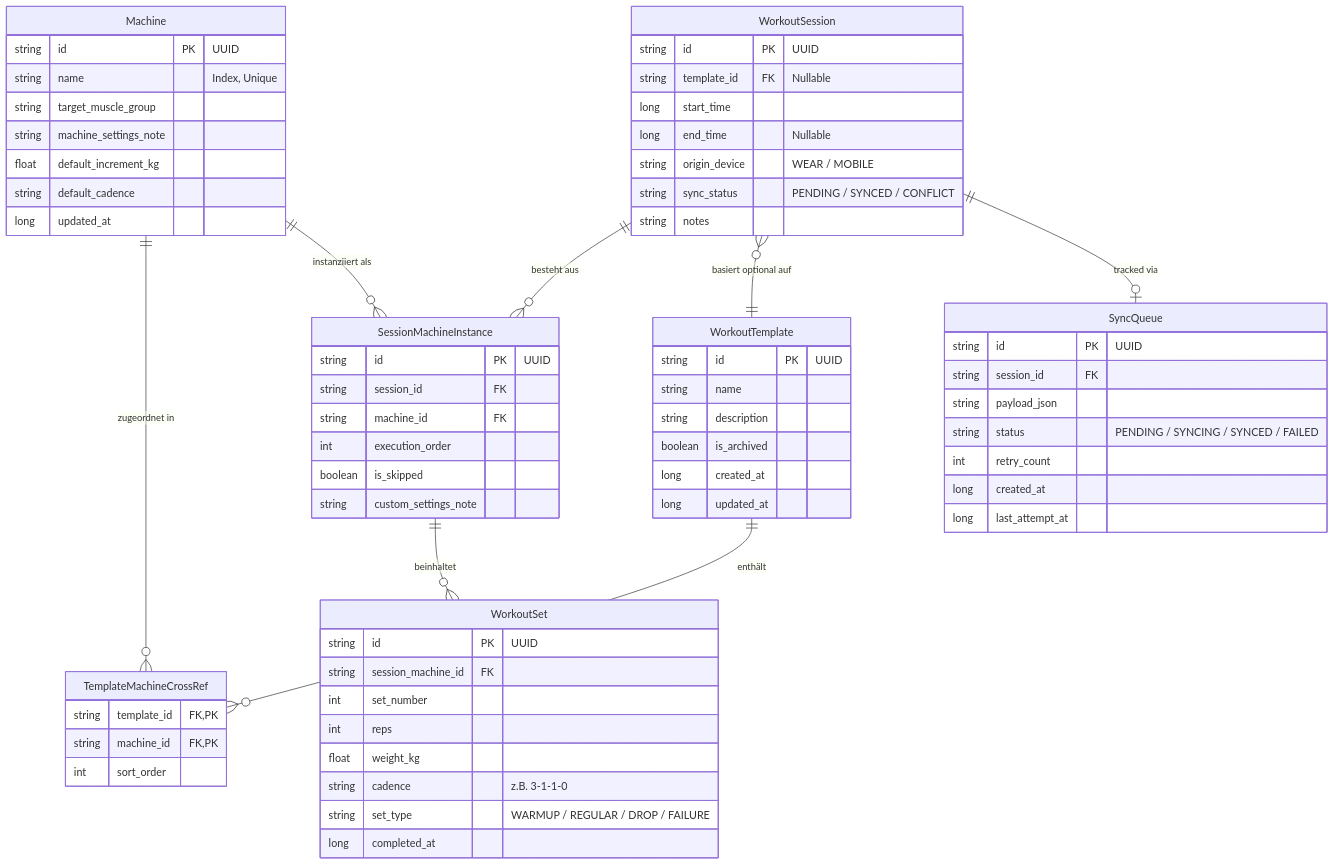
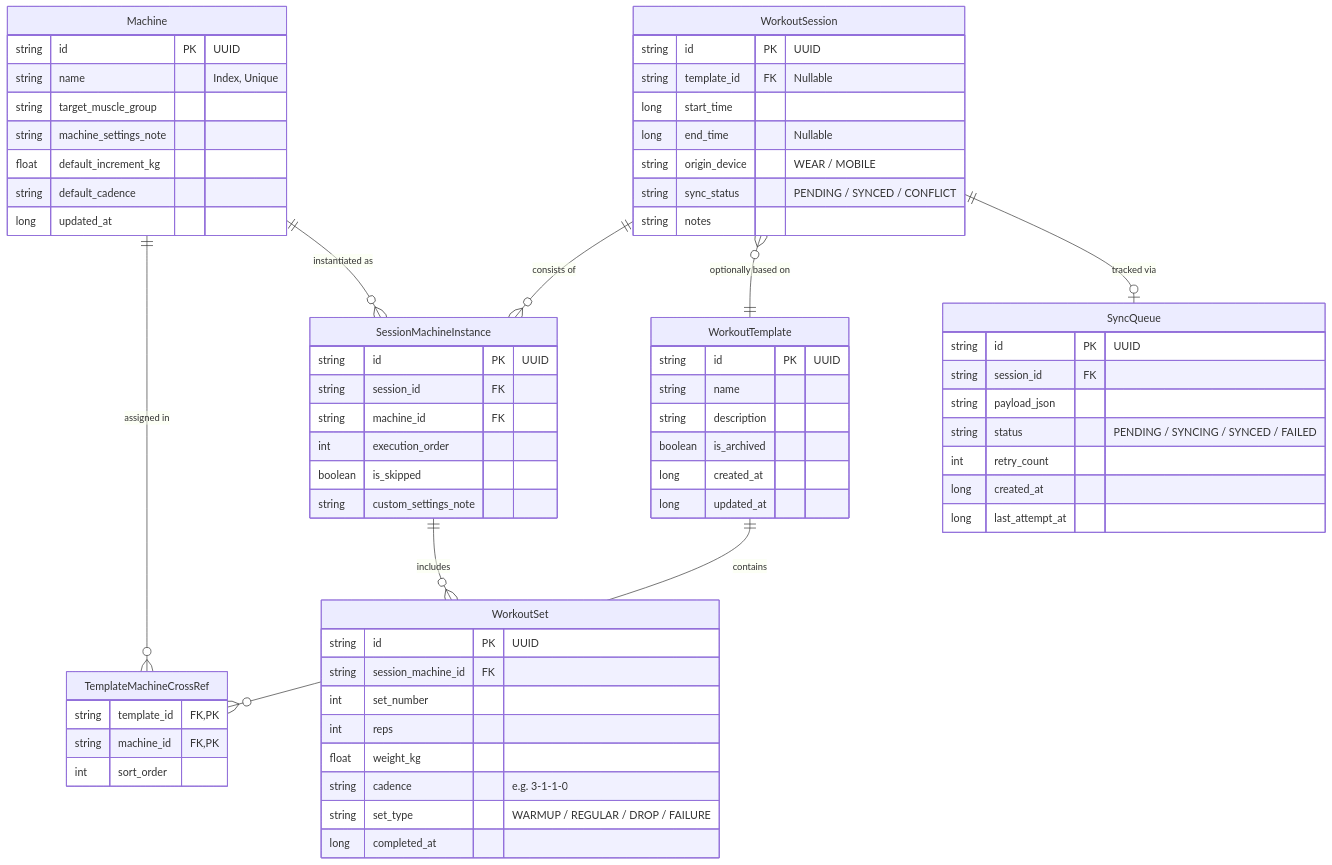
Before and after one commit to christian98b/LockerLift: the third of 4 diagrams in ARCHITECTURE.md, drawn with Mermaid. The commit also changed other lines of this file and 16 other files, not shown here.

````diff
--- a/ARCHITECTURE.md
+++ b/ARCHITECTURE.md
@@ -104,75 +104,75 @@
 ```mermaid
 erDiagram
-    Machine ||--o{ TemplateMachineCrossRef : "zugeordnet in"
-    WorkoutTemplate ||--o{ TemplateMachineCrossRef : "enthält"
-    Machine ||--o{ SessionMachineInstance : "instanziiert als"
-    WorkoutSession ||--o{ SessionMachineInstance : "besteht aus"
-    WorkoutSession }o--|| WorkoutTemplate : "basiert optional auf"
-    SessionMachineInstance ||--o{ WorkoutSet : "beinhaltet"
+    Machine ||--o{ TemplateMachineCrossRef : "assigned in"
+    WorkoutTemplate ||--o{ TemplateMachineCrossRef : "contains"
+    Machine ||--o{ SessionMachineInstance : "instantiated as"
+    WorkoutSession ||--o{ SessionMachineInstance : "consists of"
+    WorkoutSession }o--|| WorkoutTemplate : "optionally based on"
+    SessionMachineInstance ||--o{ WorkoutSet : "includes"
     WorkoutSession ||--o| SyncQueue : "tracked via"
 
     Machine {
         string id PK "UUID"
         string name "Index, Unique"
         string target_muscle_group
         string machine_settings_note
         float default_increment_kg
         string default_cadence
         long updated_at
     }
 
     WorkoutTemplate {
         string id PK "UUID"
         string name
         string description
         boolean is_archived
         long created_at
         long updated_at
     }
 
     TemplateMachineCrossRef {
         string template_id FK, PK
         string machine_id FK, PK
         int sort_order
     }
 
     WorkoutSession {
         string id PK "UUID"
         string template_id FK "Nullable"
         long start_time
         long end_time "Nullable"
         string origin_device "WEAR / MOBILE"
         string sync_status "PENDING / SYNCED / CONFLICT"
         string notes
     }
 
     SessionMachineInstance {
         string id PK "UUID"
         string session_id FK
         string machine_id FK
         int execution_order
         boolean is_skipped
         string custom_settings_note
     }
 
     WorkoutSet {
         string id PK "UUID"
         string session_machine_id FK
         int set_number
         int reps
         float weight_kg
-        string cadence "z.B. 3-1-1-0"
+        string cadence "e.g. 3-1-1-0"
         string set_type "WARMUP / REGULAR / DROP / FAILURE"
         long completed_at
     }
 
     SyncQueue {
         string id PK "UUID"
         string session_id FK
         string payload_json
         string status "PENDING / SYNCING / SYNCED / FAILED"
         int retry_count
         long created_at
         long last_attempt_at
     }
 ```
````
